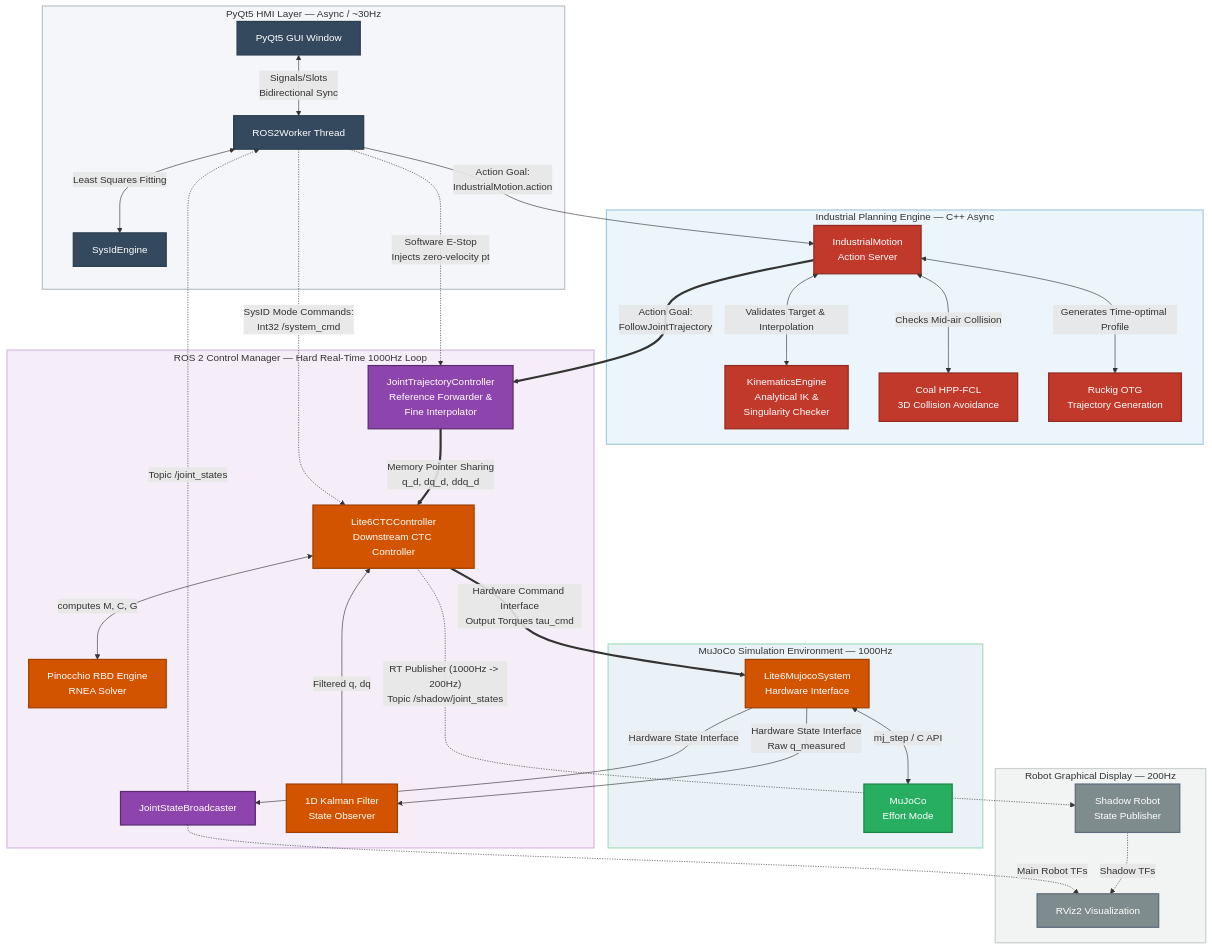
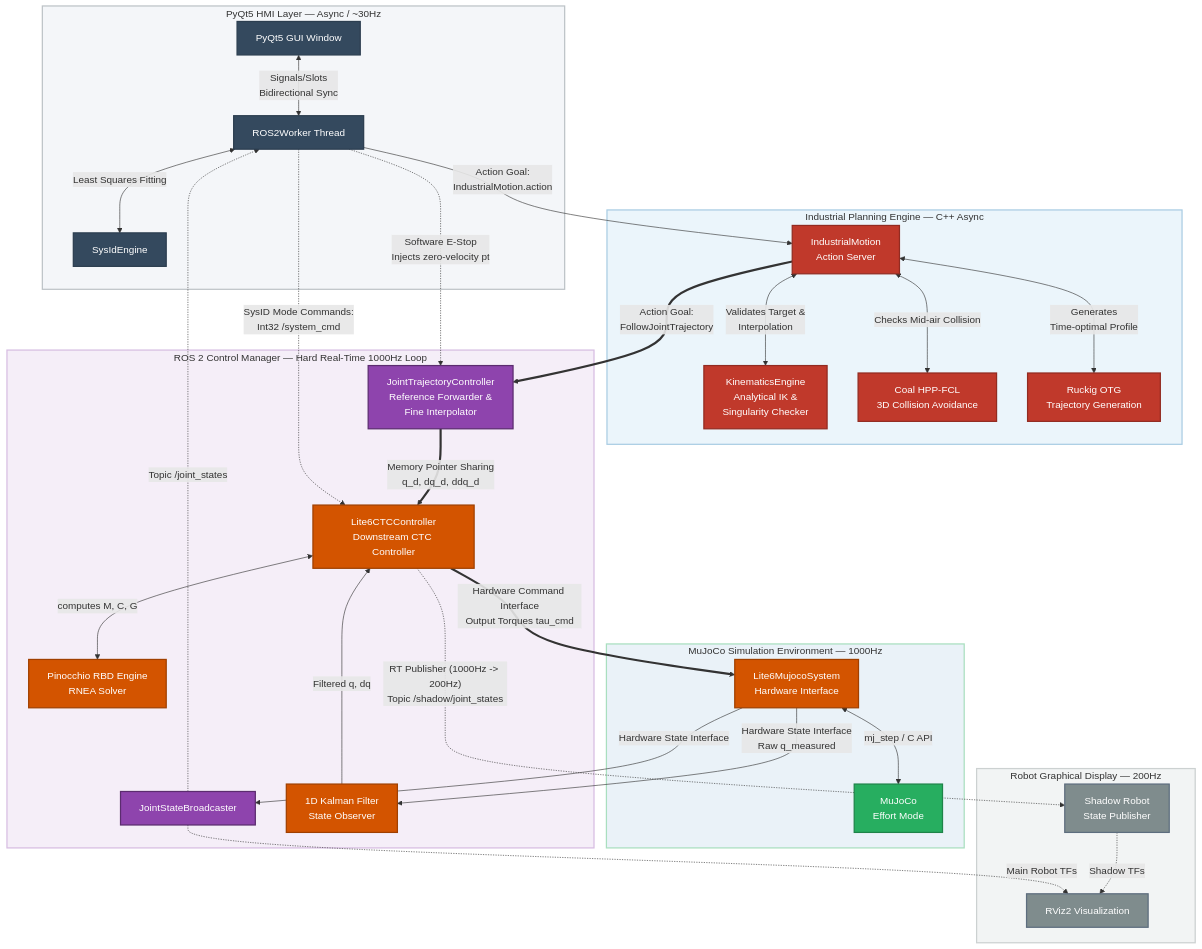
Before and after one commit to Tianyi-Wang-1206/Deterministic-Motion-Planning-and-Dynamics-Control-Framework-for-Lightweight-6-Axis-Robotic-Arms: the diagram in README.md, drawn with Mermaid.

```diff
--- a/README.md
+++ b/README.md
@@ -63,9 +63,9 @@
         Coal[Coal HPP-FCL<br/>3D Collision Avoidance]:::Planner
         Ruckig[Ruckig OTG<br/>Trajectory Generation]:::Planner
         
-        Action <-->|Validates Target & Interpolation| KinEngine
+        Action <-->|Validates Target &<br/>Interpolation| KinEngine
         Action <-->|Checks Mid-air Collision| Coal
-        Action <-->|Generates Time-optimal Profile| Ruckig
+        Action <-->|Generates<br/>Time-optimal Profile| Ruckig
     end
 
     %% Subgraph: Hard Real-Time ROS 2 Control Loop (1000Hz)
```
